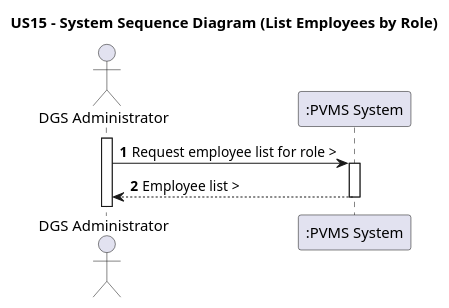
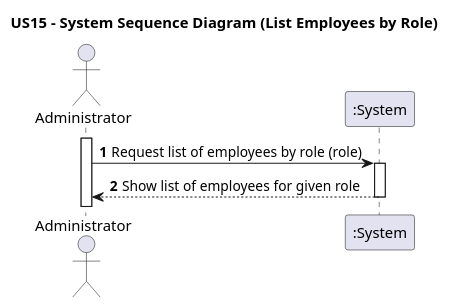
One commit to luluisfcm/leti-esoft-25-26-B5 changed the diagram in docs/system-documentation/US15/puml/US15-SSD.puml. Above: the diagram before and after it, drawn with PlantUML. The commit also changed 9 other files, not shown here.

```diff
--- a/docs/system-documentation/US15/puml/US15-SSD.puml
+++ b/docs/system-documentation/US15/puml/US15-SSD.puml
@@ -1,17 +1,17 @@
 @startuml
 'https://plantuml.com/sequence-diagram
 
-title US15 – System Sequence Diagram (List Employees by Role)
+title US15 - System Sequence Diagram (List Employees by Role)
 
 autoactivate on
 autonumber
 
-actor "DGS Administrator" as ADM
-participant ":PVMS System" as SYS
+actor "Administrator" as ADM
+participant ":System" as System
 
 activate ADM
 
-ADM -> SYS: Request employee list for role >
-SYS --> ADM: Employee list >
+ADM -> System: Request list of employees by role (role)
+System --> ADM: Show list of employees for given role
 
 @enduml
```
